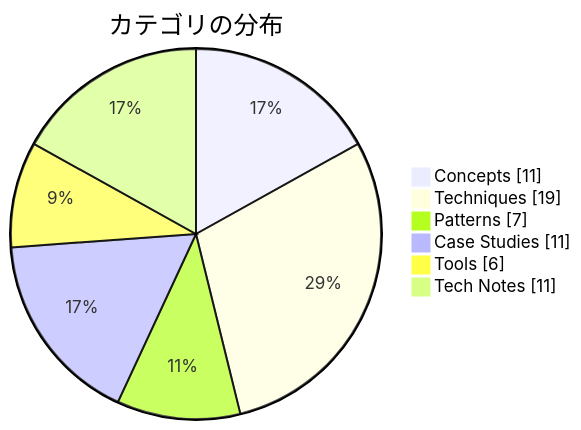
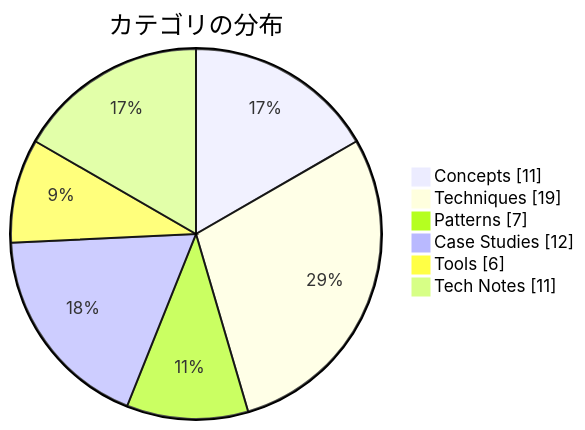
Before and after one commit to dinekt/dinekt-wiki: the second of 2 diagrams in docs/index.md, drawn with Mermaid. The commit also changed other lines of this file and 5 other files, not shown here.

````diff
--- a/docs/index.md
+++ b/docs/index.md
@@ -37,9 +37,9 @@
 ```mermaid
 pie showData title カテゴリの分布
     "Concepts" : 11
     "Techniques" : 19
     "Patterns" : 7
-    "Case Studies" : 11
+    "Case Studies" : 12
     "Tools" : 6
     "Tech Notes" : 11
 ```
````
